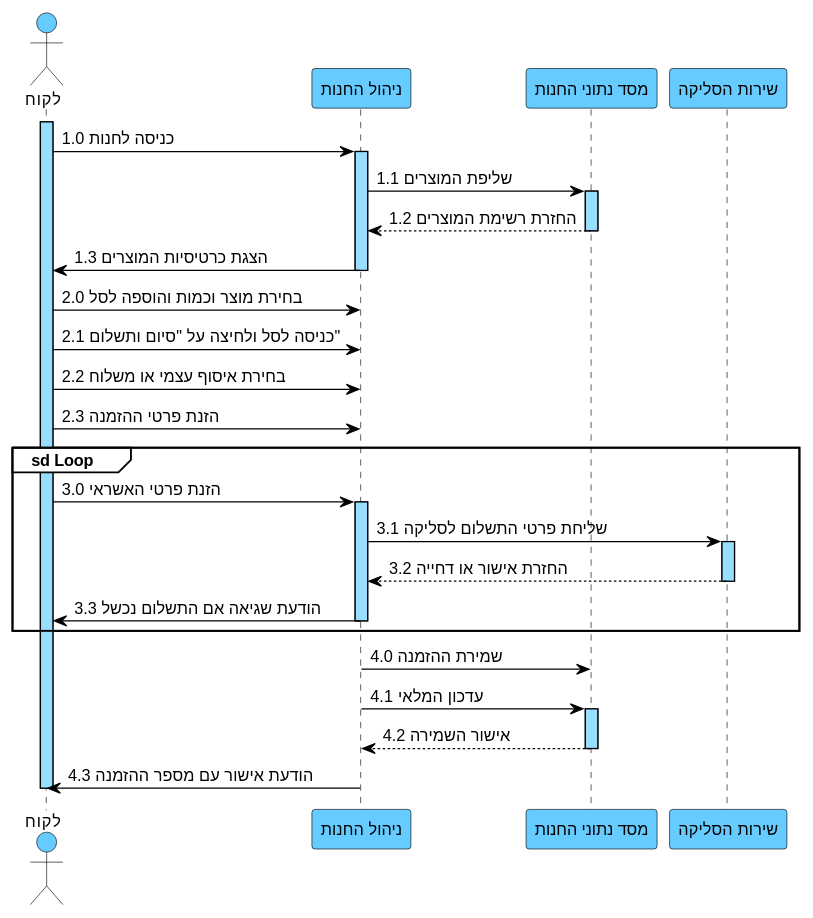
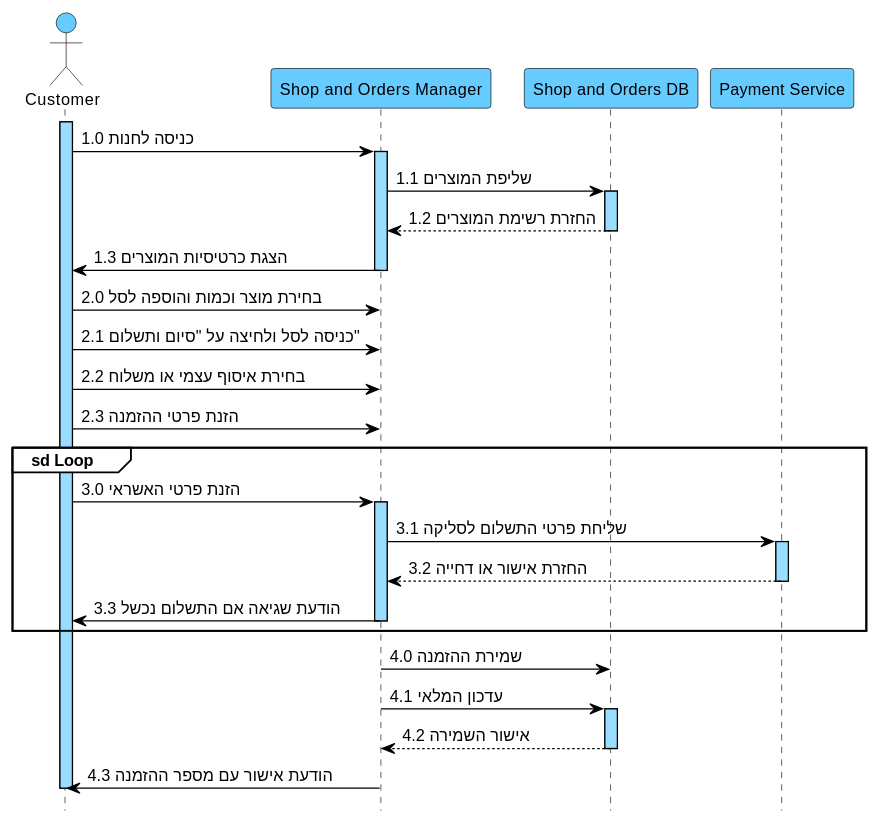
Before and after one commit to arielkaplan20/GOLDEN_HAIR_SALOAN: the diagram in docs/diagrams/puml/07-seq-suc07-רכישה-בחנות.puml, drawn with PlantUML. The commit also changed 26 other files, not shown here.

```diff
--- a/docs/diagrams/puml/07-seq-suc07-רכישה-בחנות.puml
+++ b/docs/diagrams/puml/07-seq-suc07-רכישה-בחנות.puml
@@ -1,61 +1,62 @@
 @startuml
+hide footbox
 skinparam backgroundColor white
 skinparam defaultFontName Arial
 skinparam defaultFontSize 13
 skinparam sequence {
 ArrowColor black
 ArrowFontColor black
 ActorBorderColor black
 ActorBackgroundColor #66CCFF
 LifeLineBorderColor black
 LifeLineBackgroundColor #99DDFF
 ParticipantBorderColor black
 ParticipantBackgroundColor #66CCFF
 ParticipantFontColor black
 ParticipantFontSize 13
 GroupBorderColor black
 GroupBackgroundColor white
 GroupHeaderFontColor black
 }
 
-actor "לקוח" as C
-participant "ניהול החנות" as SM
-participant "מסד נתוני החנות" as DB
-participant "שירות הסליקה" as PAY
+actor "Customer" as C
+participant "Shop and Orders Manager" as SM
+participant "Shop and Orders DB" as DB
+participant "Payment Service" as PAY
 
 activate C
 C -> SM : 1.0 כניסה לחנות
 activate SM
 SM -> DB : 1.1 שליפת המוצרים
 activate DB
 DB --> SM : 1.2 החזרת רשימת המוצרים
 deactivate DB
 SM -> C : 1.3 הצגת כרטיסיות המוצרים
 deactivate SM
 
 C -> SM : 2.0 בחירת מוצר וכמות והוספה לסל
 C -> SM : 2.1 כניסה לסל ולחיצה על "סיום ותשלום"
 C -> SM : 2.2 בחירת איסוף עצמי או משלוח
 C -> SM : 2.3 הזנת פרטי ההזמנה
 
 group sd Loop
 C -> SM : 3.0 הזנת פרטי האשראי
 activate SM
 SM -> PAY : 3.1 שליחת פרטי התשלום לסליקה
 activate PAY
 PAY --> SM : 3.2 החזרת אישור או דחייה
 deactivate PAY
 SM -> C : 3.3 הודעת שגיאה אם התשלום נכשל
 deactivate SM
 end
 
 activate SM
 SM -> DB : 4.0 שמירת ההזמנה
 SM -> DB : 4.1 עדכון המלאי
 activate DB
 DB --> SM : 4.2 אישור השמירה
 deactivate DB
 SM -> C : 4.3 הודעת אישור עם מספר ההזמנה
 deactivate SM
 deactivate C
 @enduml
```
